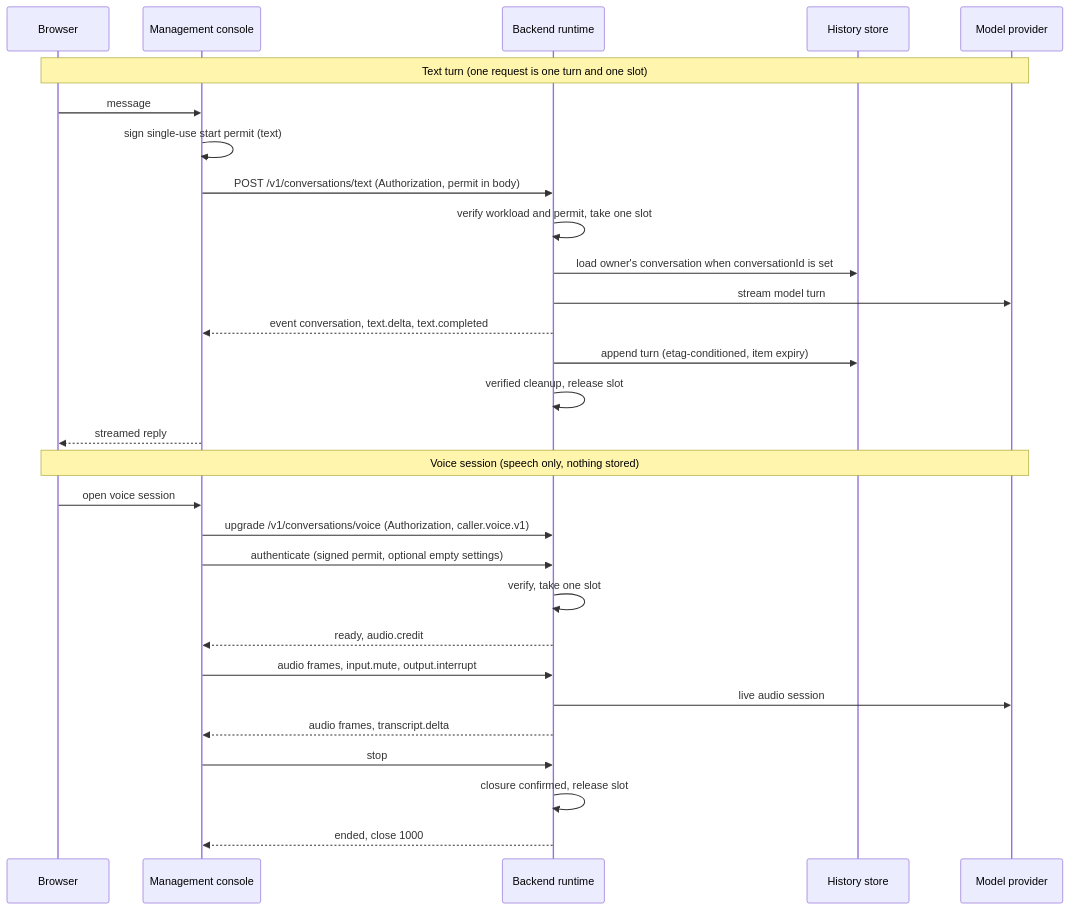
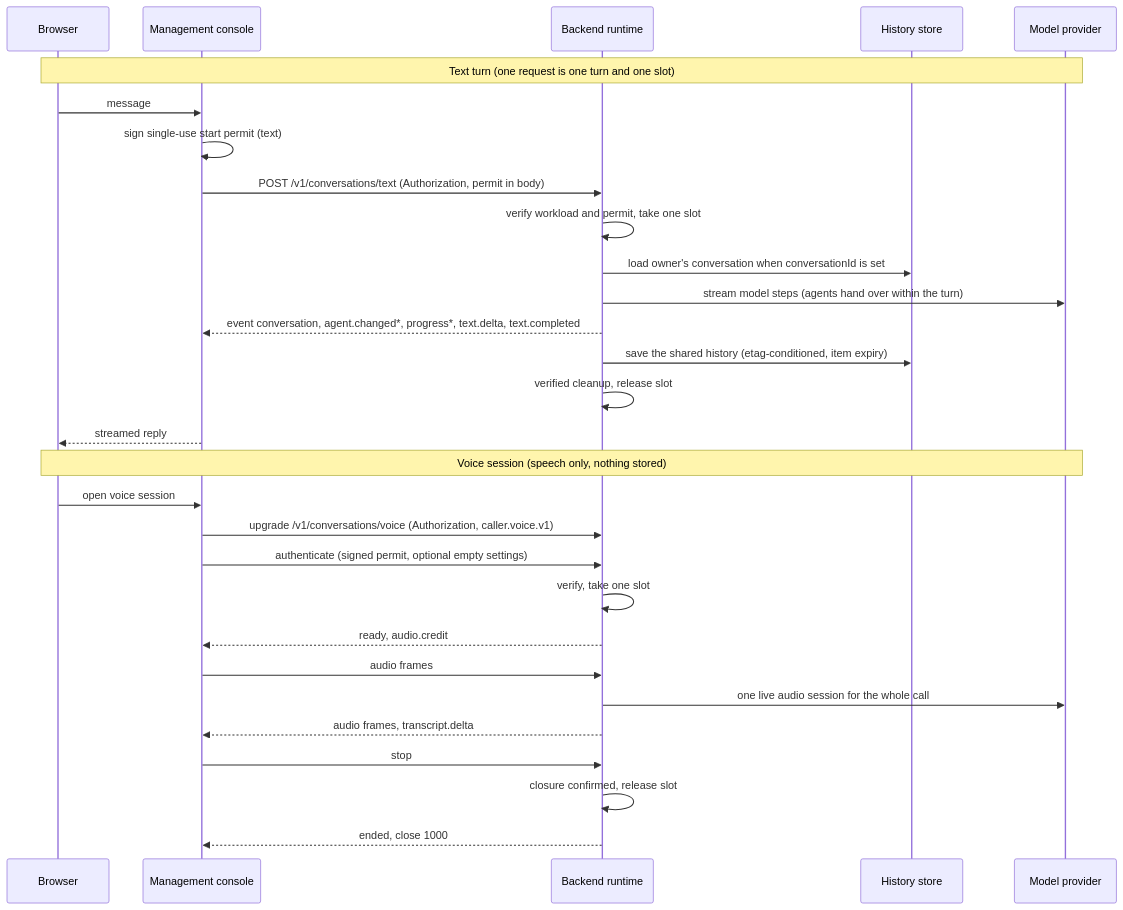
One commit to marvinbuss/caller-ai changed the first of 6 diagrams in docs/conversation-endpoints.md. Above: the diagram before and after it, drawn with Mermaid. The commit also changed other lines of this file and 116 other files, not shown here.

Commit message:
feat: share the conversation history across agents (spec 007)

````diff
--- a/docs/conversation-endpoints.md
+++ b/docs/conversation-endpoints.md
@@ -20,33 +20,33 @@
 ```mermaid
 sequenceDiagram
     participant B as Browser
     participant M as Management console
     participant R as Backend runtime
     participant H as History store
     participant P as Model provider
 
     Note over B,P: Text turn (one request is one turn and one slot)
     B->>M: message
     M->>M: sign single-use start permit (text)
     M->>R: POST /v1/conversations/text (Authorization, permit in body)
     R->>R: verify workload and permit, take one slot
     R->>H: load owner's conversation when conversationId is set
-    R->>P: stream model turn
-    R-->>M: event conversation, text.delta, text.completed
-    R->>H: append turn (etag-conditioned, item expiry)
+    R->>P: stream model steps (agents hand over within the turn)
+    R-->>M: event conversation, agent.changed*, progress*, text.delta, text.completed
+    R->>H: save the shared history (etag-conditioned, item expiry)
     R->>R: verified cleanup, release slot
     M-->>B: streamed reply
 
     Note over B,P: Voice session (speech only, nothing stored)
     B->>M: open voice session
     M->>R: upgrade /v1/conversations/voice (Authorization, caller.voice.v1)
     M->>R: authenticate (signed permit, optional empty settings)
     R->>R: verify, take one slot
     R-->>M: ready, audio.credit
-    M->>R: audio frames, input.mute, output.interrupt
-    R->>P: live audio session
+    M->>R: audio frames
+    R->>P: one live audio session for the whole call
     R-->>M: audio frames, transcript.delta
     M->>R: stop
     R->>R: closure confirmed, release slot
     R-->>M: ended, close 1000
 ```
````
